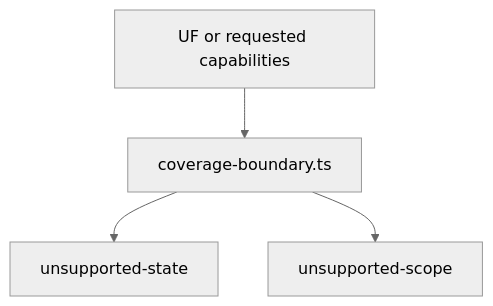
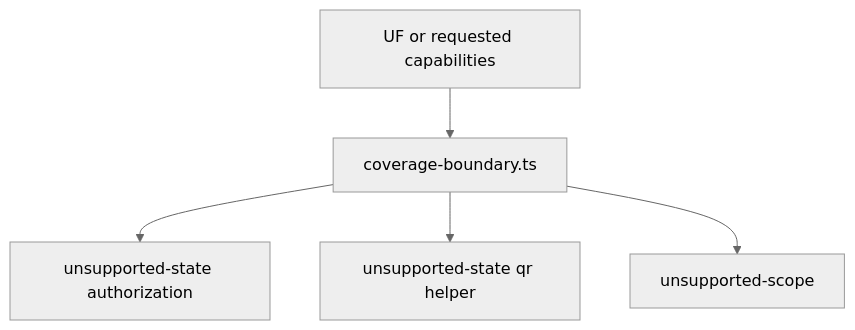
One commit to linkiez/nfe_sdk changed the diagram in src/canonical/nfce/coverage-boundary.doc.md. Above: the diagram before and after it, drawn with Mermaid (neutral theme). The commit also changed other lines of this file and 43 other files, not shown here.

````diff
--- a/src/canonical/nfce/coverage-boundary.doc.md
+++ b/src/canonical/nfce/coverage-boundary.doc.md
@@ -20,6 +21,7 @@
 ```mermaid
 flowchart TD
   A[UF or requested capabilities] --> B[coverage-boundary.ts]
-  B --> C[unsupported-state]
+  B --> C[unsupported-state authorization]
+  B --> C1[unsupported-state qr helper]
   B --> D[unsupported-scope]
 ```
````
